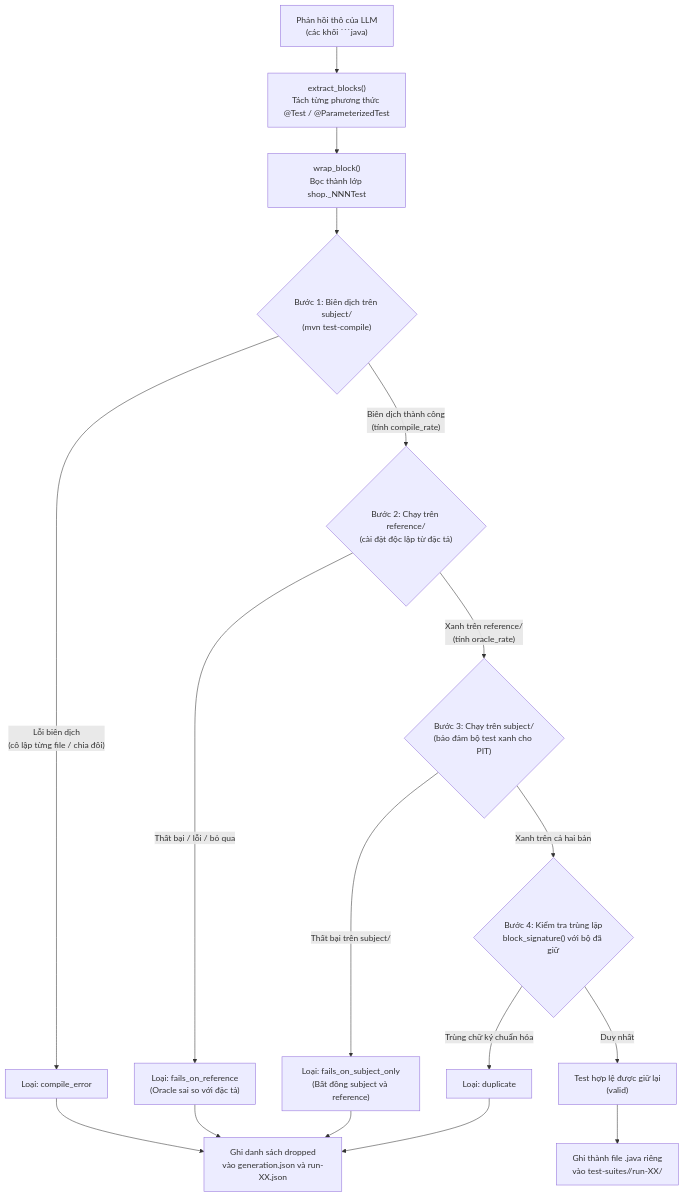
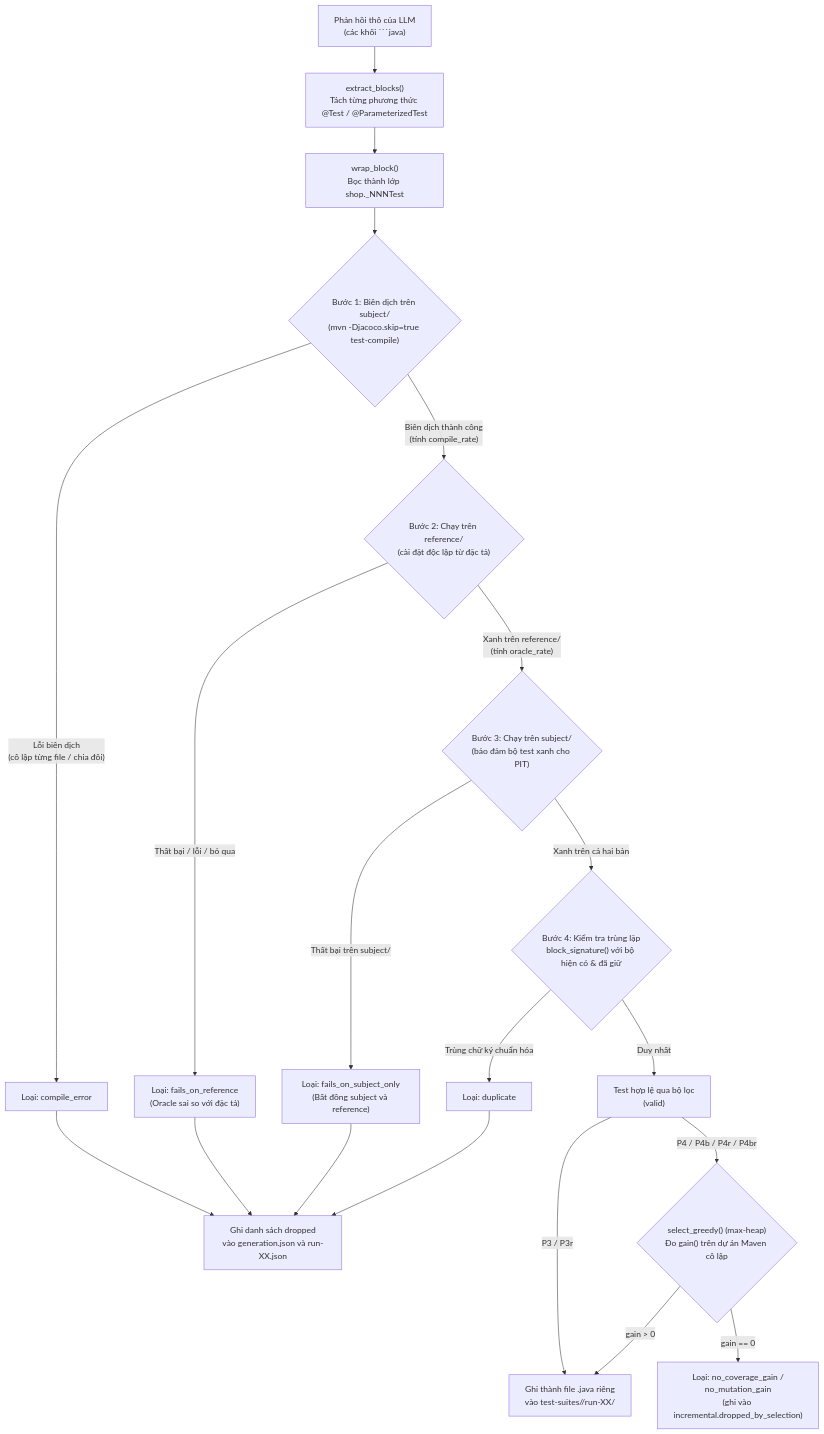
Before and after one commit to QuangHa0110/software-verification-validation: the diagram in docs/report/figures/quy-trinh-loc-va-do.md, drawn with Mermaid. The commit also changed other lines of this file and 5 other files, not shown here.

````diff
--- a/docs/report/figures/quy-trinh-loc-va-do.md
+++ b/docs/report/figures/quy-trinh-loc-va-do.md
@@ -5,24 +5,28 @@
 ```mermaid
 flowchart TD
     RAW["Phản hồi thô của LLM\n(các khối ```java)"] --> EXT["extract_blocks()\nTách từng phương thức @Test / @ParameterizedTest"]
     EXT --> WRAP["wrap_block()\nBọc thành lớp shop.<Prefix>_NNNTest"]
-    WRAP --> B1{"Bước 1: Biên dịch trên subject/\n(mvn test-compile)"}
+    WRAP --> B1{"Bước 1: Biên dịch trên subject/\n(mvn -Djacoco.skip=true test-compile)"}
 
     B1 -->|"Lỗi biên dịch\n(cô lập từng file / chia đôi)"| D1["Loại: compile_error"]
     B1 -->|"Biên dịch thành công\n(tính compile_rate)"| B2{"Bước 2: Chạy trên reference/\n(cài đặt độc lập từ đặc tả)"}
 
     B2 -->|"Thất bại / lỗi / bỏ qua"| D2["Loại: fails_on_reference\n(Oracle sai so với đặc tả)"]
     B2 -->|"Xanh trên reference/\n(tính oracle_rate)"| B3{"Bước 3: Chạy trên subject/\n(bảo đảm bộ test xanh cho PIT)"}
 
     B3 -->|"Thất bại trên subject/"| D3["Loại: fails_on_subject_only\n(Bất đồng subject và reference)"]
-    B3 -->|"Xanh trên cả hai bản"| B4{"Bước 4: Kiểm tra trùng lặp\nblock_signature() với bộ đã giữ"}
+    B3 -->|"Xanh trên cả hai bản"| B4{"Bước 4: Kiểm tra trùng lặp\nblock_signature() với bộ hiện có & đã giữ"}
 
     B4 -->|"Trùng chữ ký chuẩn hóa"| D4["Loại: duplicate"]
-    B4 -->|"Duy nhất"| KEEP["Test hợp lệ được giữ lại\n(valid)"]
+    B4 -->|"Duy nhất"| KEEP["Test hợp lệ qua bộ lọc\n(valid)"]
 
     D1 --> LOG["Ghi danh sách dropped\nvào generation.json và run-XX.json"]
     D2 --> LOG
     D3 --> LOG
     D4 --> LOG
-    KEEP --> SUITE["Ghi thành file .java riêng\nvào test-suites/<method>/run-XX/"]
+
+    KEEP -->|"P3 / P3r"| SUITE["Ghi thành file .java riêng\nvào test-suites/<method>/run-XX/"]
+    KEEP -->|"P4 / P4b / P4r / P4br"| SEL{"select_greedy() (max-heap)\nĐo gain() trên dự án Maven cô lập"}
+    SEL -->|"gain == 0"| D5["Loại: no_coverage_gain /\nno_mutation_gain\n(ghi vào incremental.dropped_by_selection)"]
+    SEL -->|"gain > 0"| SUITE
 ```
````
